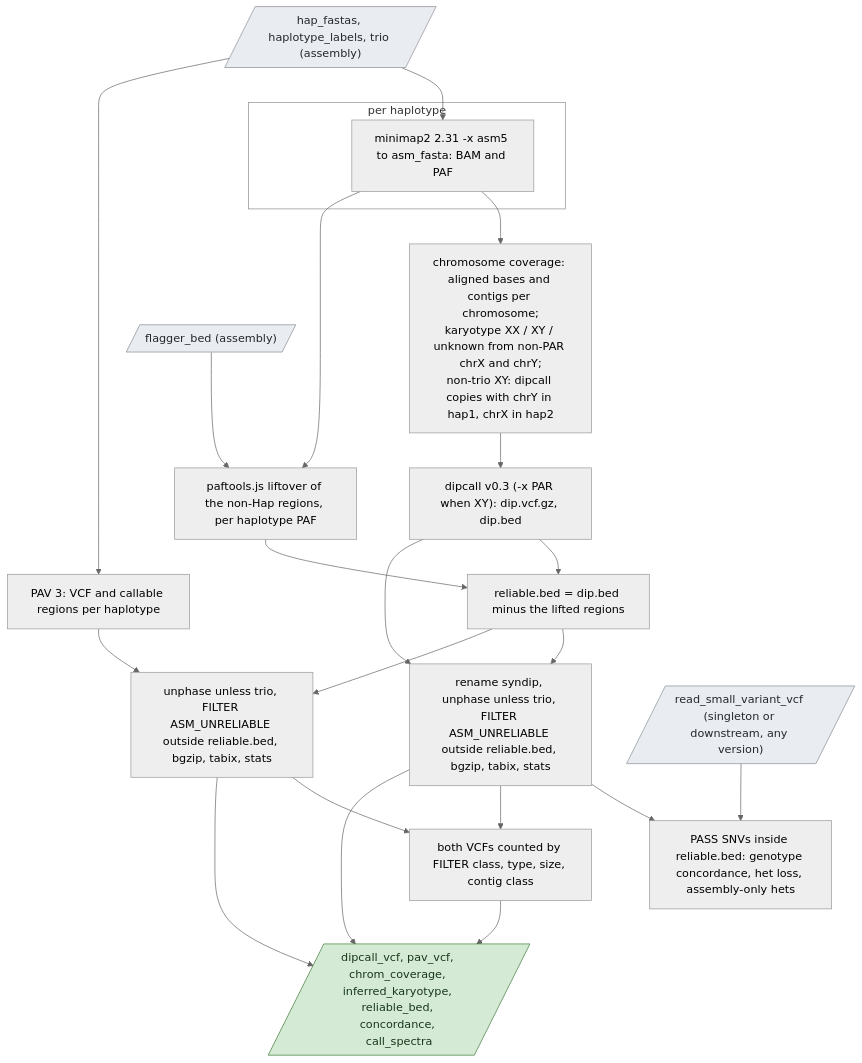
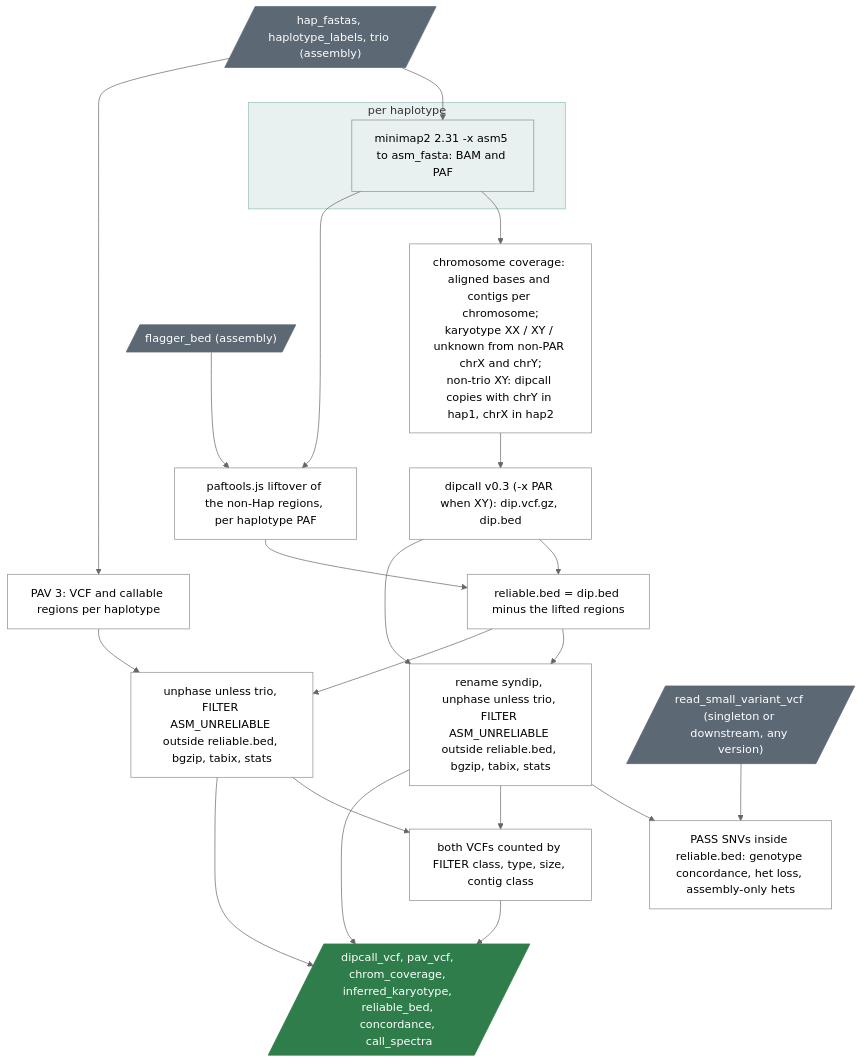
The diagram in docs/guide/stages/assembly_call.md (UppsalaGenomeCenter/ugc-wgw), drawn with Mermaid (neutral theme) before and after one commit. The commit also changed 51 other files, not shown here.

````diff
--- a/docs/guide/stages/assembly_call.md
+++ b/docs/guide/stages/assembly_call.md
@@ -15,29 +15,30 @@
 ```mermaid
 flowchart TD
   in[/"hap_fastas, haplotype_labels, trio (assembly)"/]:::data --> mm
   subgraph hap["per haplotype"]
     mm["minimap2 2.31 -x asm5 to asm_fasta: BAM and PAF"]
   end
   mm --> cov["chromosome coverage: aligned bases and contigs per chromosome;<br/>karyotype XX / XY / unknown from non-PAR chrX and chrY;<br/>non-trio XY: dipcall copies with chrY in hap1, chrX in hap2"]
   cov --> dip["dipcall v0.3 (-x PAR when XY): dip.vcf.gz, dip.bed"]
   in --> pav["PAV 3: VCF and callable regions per haplotype"]
   fb[/"flagger_bed (assembly)"/]:::data --> lift["paftools.js liftover of the non-Hap regions, per haplotype PAF"]
   mm --> lift
   lift --> rel["reliable.bed = dip.bed minus the lifted regions"]
   dip --> rel
   dip --> fd["rename syndip, unphase unless trio, FILTER ASM_UNRELIABLE outside reliable.bed, bgzip, tabix, stats"]
   pav --> fp["unphase unless trio, FILTER ASM_UNRELIABLE outside reliable.bed, bgzip, tabix, stats"]
   rel --> fd
   rel --> fp
   rv[/"read_small_variant_vcf (singleton or downstream, any version)"/]:::data --> con["PASS SNVs inside reliable.bed: genotype concordance, het loss, assembly-only hets"]
   fd --> con
   fd --> sp["both VCFs counted by FILTER class, type, size, contig class"]
   fp --> sp
   fd --> out[/"dipcall_vcf, pav_vcf, chrom_coverage, inferred_karyotype, reliable_bed, concordance, call_spectra"/]:::result
   fp --> out
   sp --> out
-  classDef data fill:#e9edf1,stroke:#8a8f95,color:#22272e
-  classDef result fill:#d5ead4,stroke:#3f7d3c,color:#17361a
-  classDef box fill:none,stroke:#8a8f95
+  classDef default fill:none,stroke:#8a8f95
+  classDef data fill:#5d6875,stroke:#5d6875,color:#ffffff
+  classDef result fill:#2f7d4a,stroke:#2f7d4a,color:#ffffff
+  classDef box fill:#1f7a70,fill-opacity:0.10,stroke:#1f7a70,stroke-opacity:0.45
   class hap box
 ```
````
